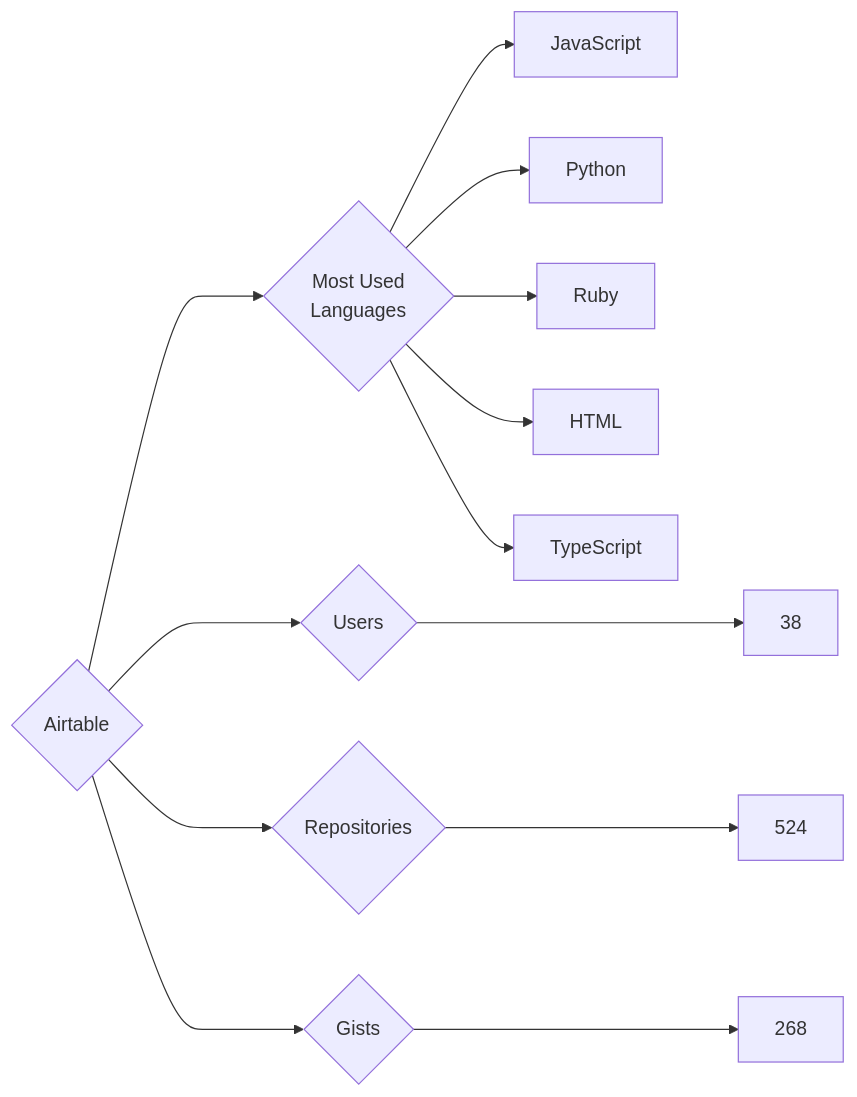
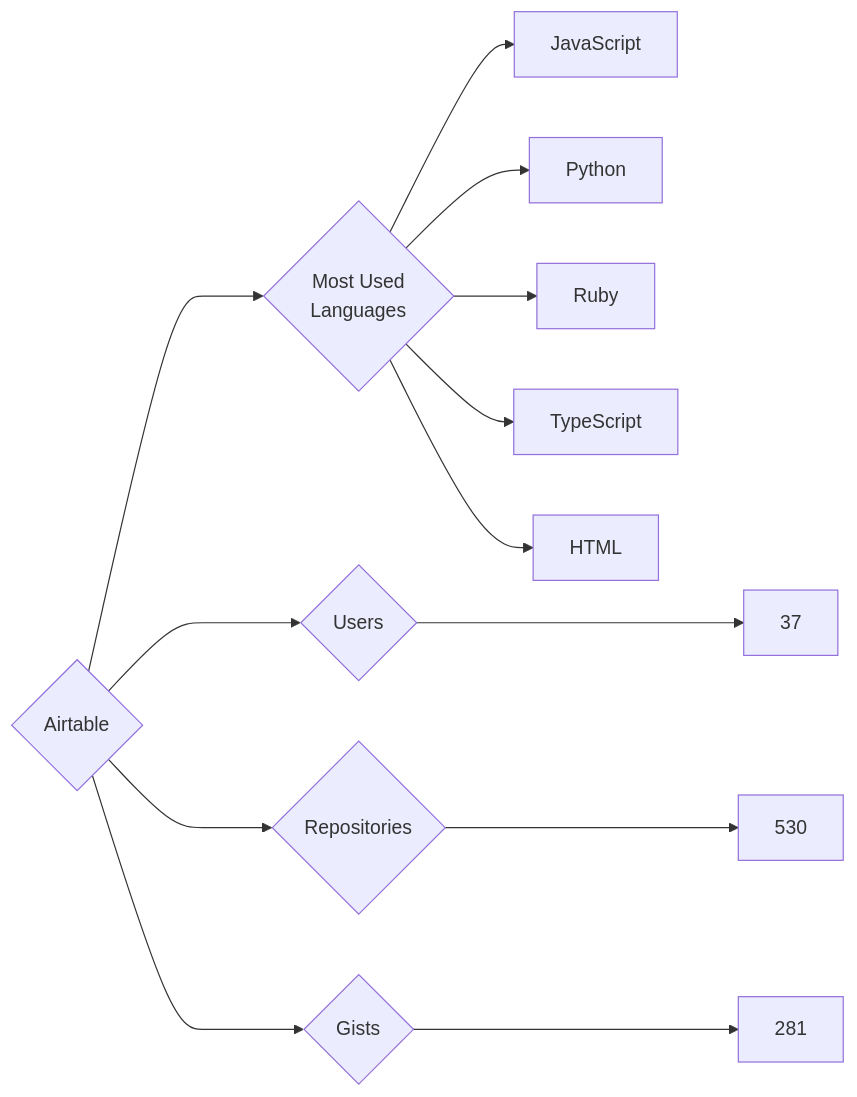
The diagram in targets/Airtable/README.md (trickest/insiders), drawn with Mermaid before and after one commit. The commit also changed 640 other files, not shown here.

````diff
--- a/targets/Airtable/README.md
+++ b/targets/Airtable/README.md
@@ -3,13 +3,13 @@
 ```mermaid
 graph LR
 COMPANY_NAME{Airtable}
-COMPANY_NAME ---> U{Users} ---> UN[38]
-COMPANY_NAME ---> R{Repositories} ---> RN[524]
-COMPANY_NAME ---> G{Gists} ---> GN[268]
+COMPANY_NAME ---> U{Users} ---> UN[37]
+COMPANY_NAME ---> R{Repositories} ---> RN[530]
+COMPANY_NAME ---> G{Gists} ---> GN[281]
 COMPANY_NAME ---> ML{Most Used<br>Languages}
 ML --> JavaScript[JavaScript]
 ML --> Python[Python]
 ML --> Ruby[Ruby]
+ML --> TypeScript[TypeScript]
 ML --> HTML[HTML]
-ML --> TypeScript[TypeScript]
 ```
````
